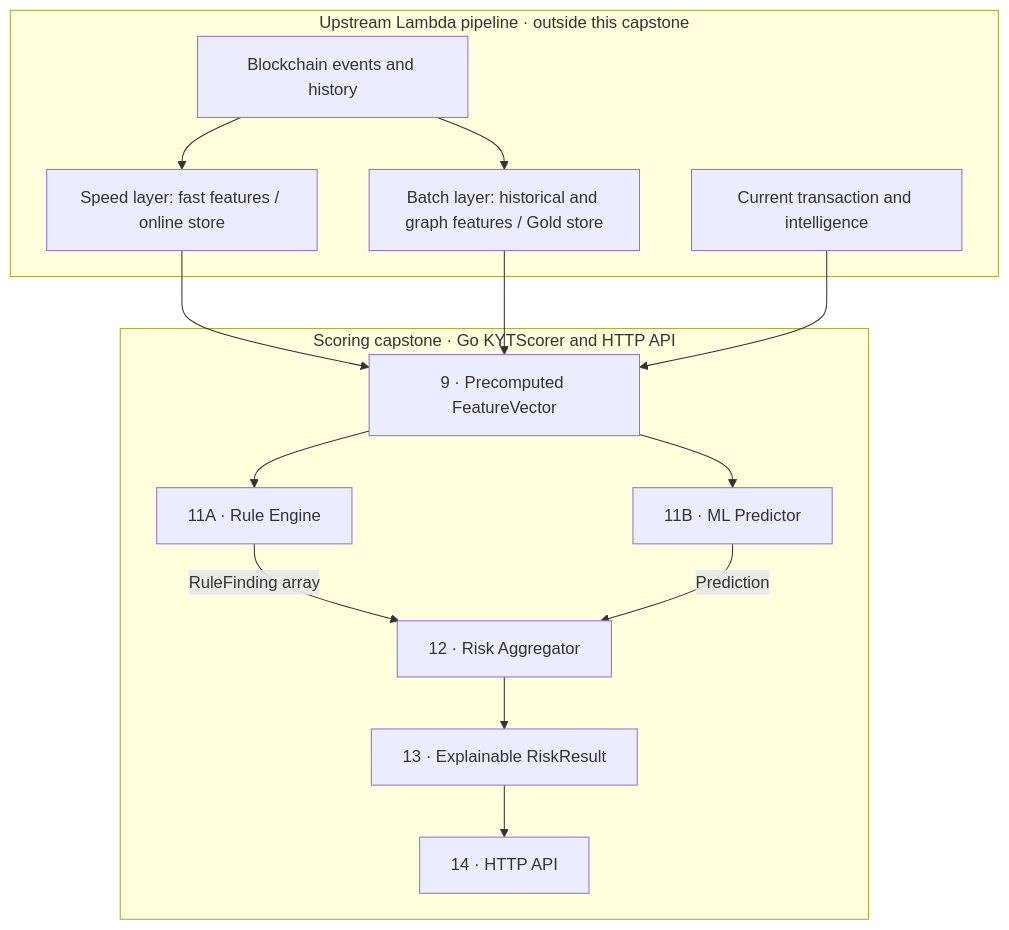
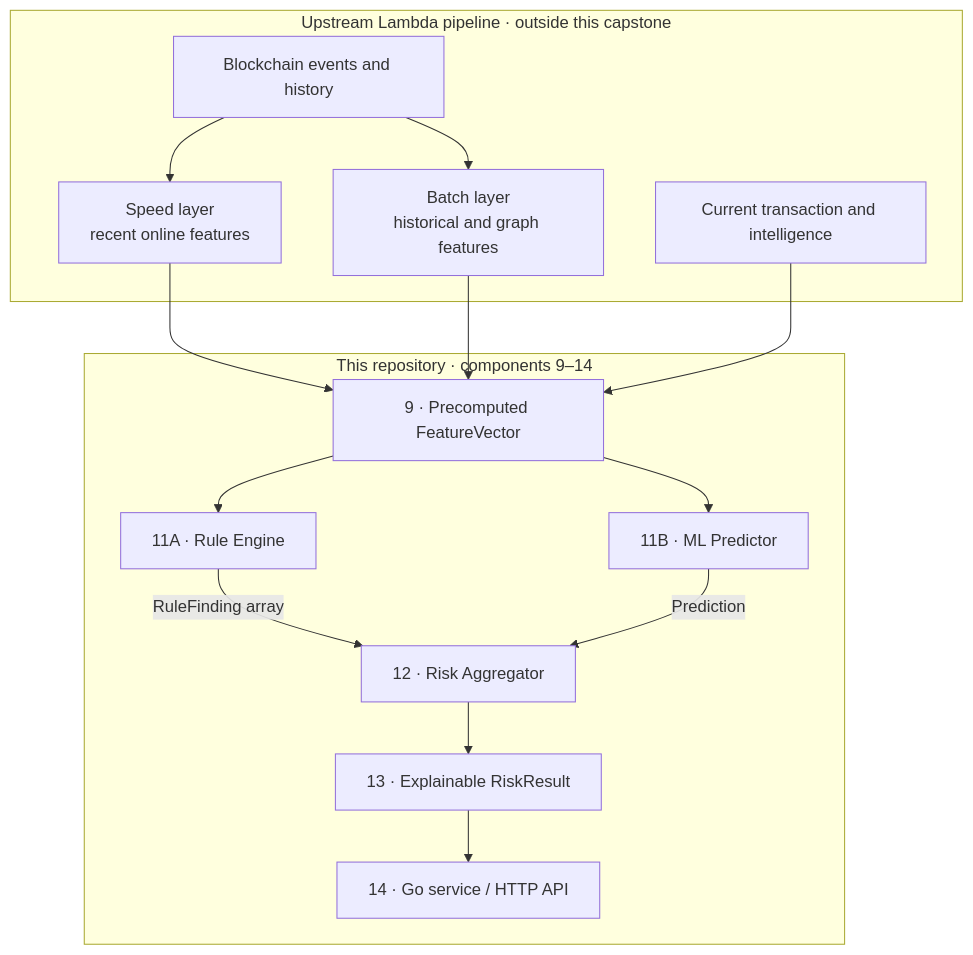
Before and after one commit to arshamhaq/kyt-engine: the first of 2 diagrams in README.md, drawn with Mermaid. The commit also changed other lines of this file and 29 other files, not shown here.

````diff
--- a/README.md
+++ b/README.md
@@ -23,30 +34,30 @@
 ```mermaid
 flowchart TB
     subgraph upstream["Upstream Lambda pipeline · outside this capstone"]
         E["Blockchain events and history"]
-        S["Speed layer: fast features / online store"]
-        B["Batch layer: historical and graph features / Gold store"]
+        S["Speed layer<br/>recent online features"]
+        B["Batch layer<br/>historical and graph features"]
         C["Current transaction and intelligence"]
         E --> S
         E --> B
     end
 
     S --> F
     B --> F
     C --> F
 
-    subgraph capstone["Scoring capstone · Go KYTScorer and HTTP API"]
+    subgraph capstone["This repository · components 9–14"]
         F["9 · Precomputed FeatureVector"]
         R["11A · Rule Engine"]
         M["11B · ML Predictor"]
         A["12 · Risk Aggregator"]
         O["13 · Explainable RiskResult"]
-        H["14 · HTTP API"]
+        H["14 · Go service / HTTP API"]
         F --> R
         F --> M
         R -->|RuleFinding array| A
         M -->|Prediction| A
         A --> O
         O --> H
     end
 ```
````
